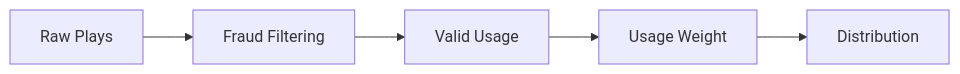
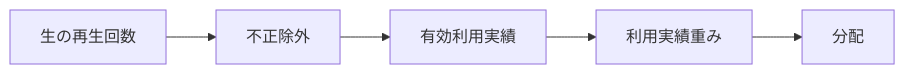
The fourth of 27 diagrams in docs/whitepaper/06-economics-mathjax.md (ShigeichiroYamasaki/creator-first-platform), drawn with Mermaid before and after one commit. The commit also changed other lines of this file and 72 other files, not shown here.

````diff
--- a/docs/whitepaper/06-economics-mathjax.md
+++ b/docs/whitepaper/06-economics-mathjax.md
@@ -212,13 +212,13 @@
 ```mermaid
 flowchart LR
-    RAW[Raw Plays]
-    VALID[Valid Usage]
-    FRAUD[Fraud Filtering]
-    WEIGHT[Usage Weight]
-    DIST[Distribution]
+    RAW[生の再生回数]
+    VALID[有効利用実績]
+    FRAUD[不正除外]
+    WEIGHT[利用実績重み]
+    DIST[分配]
 
     RAW --> FRAUD
     FRAUD --> VALID
     VALID --> WEIGHT
     WEIGHT --> DIST
 ```
````
